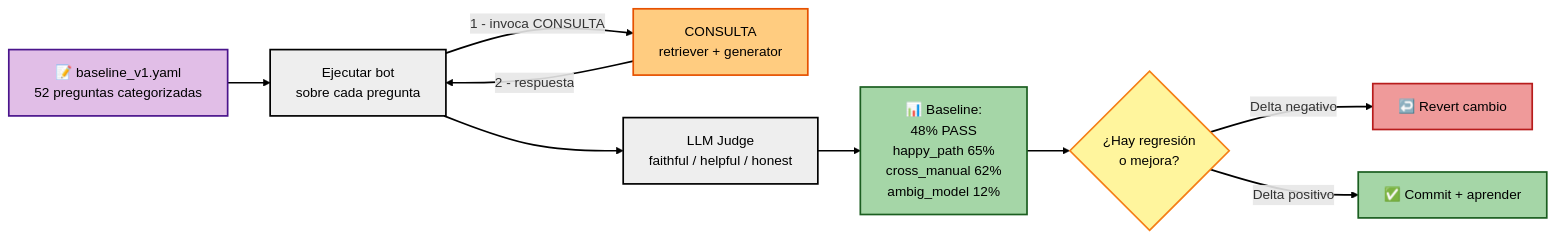
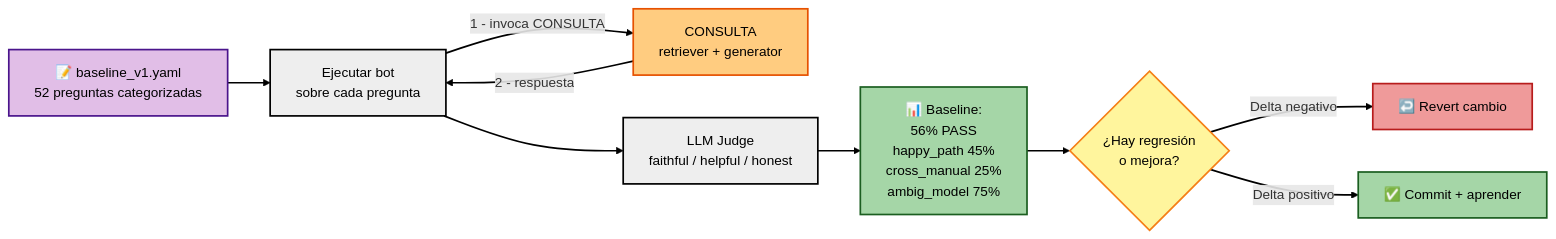
One commit to albertofontiber/technical_bot changed the second of 8 diagrams in docs/ARCHITECTURE.md. Above: the diagram before and after it, drawn with Mermaid. The commit also changed other lines of this file and 4 other files, not shown here.

First line of the commit message:
Session 14: FAMILIAS prompt (+4 judge PASS) + cross-brand helpers (dormant)

````diff
--- a/docs/ARCHITECTURE.md
+++ b/docs/ARCHITECTURE.md
@@ -96,22 +96,22 @@
 ```mermaid
 flowchart LR
     YAML[📝 baseline_v1.yaml<br>52 preguntas categorizadas] --> Runner[Ejecutar bot<br>sobre cada pregunta]
     Runner ==>|1 - invoca CONSULTA| Pipeline[CONSULTA<br>retriever + generator]
     Pipeline ==>|2 - respuesta| Runner
     Runner --> Judge[LLM Judge<br>faithful / helpful / honest]
-    Judge --> Metric[📊 Baseline:<br>48% PASS<br>happy_path 65%<br>cross_manual 62%<br>ambig_model 12%]
+    Judge --> Metric[📊 Baseline:<br>56% PASS<br>happy_path 45%<br>cross_manual 25%<br>ambig_model 75%]
     Metric --> Decision{¿Hay regresión<br>o mejora?}
     Decision -->|Delta negativo| Rollback[↩️ Revert cambio]
     Decision -->|Delta positivo| Commit[✅ Commit + aprender]
 
     style YAML fill:#e1bee7,stroke:#4a148c,color:#000000,stroke-width:2px
     style Pipeline fill:#ffcc80,stroke:#e65100,color:#000000,stroke-width:2px
     style Metric fill:#a5d6a7,stroke:#1b5e20,color:#000000,stroke-width:2px
     style Runner fill:#eeeeee,stroke:#000000,color:#000000,stroke-width:2px
     style Judge fill:#eeeeee,stroke:#000000,color:#000000,stroke-width:2px
     style Decision fill:#fff59d,stroke:#f57f17,color:#000000,stroke-width:2px
     style Rollback fill:#ef9a9a,stroke:#b71c1c,color:#000000,stroke-width:2px
     style Commit fill:#a5d6a7,stroke:#1b5e20,color:#000000,stroke-width:2px
 
     linkStyle default stroke:#000000,stroke-width:2px
 ```
````
